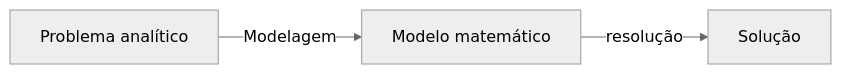
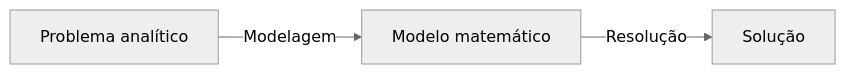
The diagram in introducao_erros/erros.md (viseconde/NumericalMethodsPython), drawn with Mermaid (neutral theme) before and after one commit. The commit also changed other lines of this file, not shown here.

````diff
--- a/introducao_erros/erros.md
+++ b/introducao_erros/erros.md
@@ -8,5 +8,5 @@
 ``` mermaid
     flowchart LR
         A[Problema analítico] -- Modelagem --> B[Modelo matemático];
-        B -- resolução --> C[Solução]
+        B -- Resolução --> C[Solução]
 ```
````
